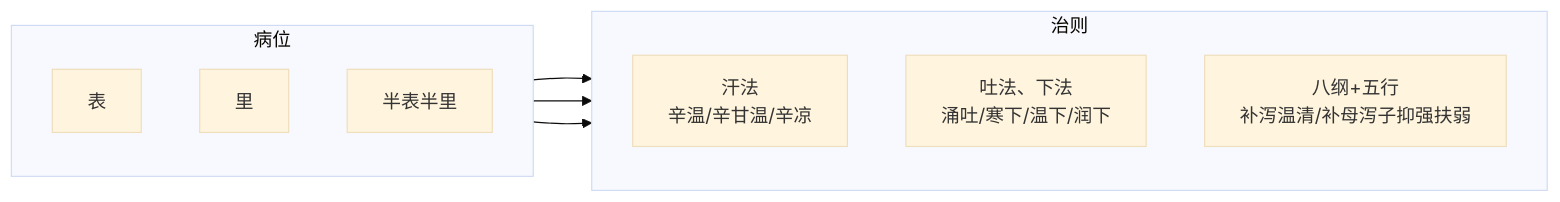
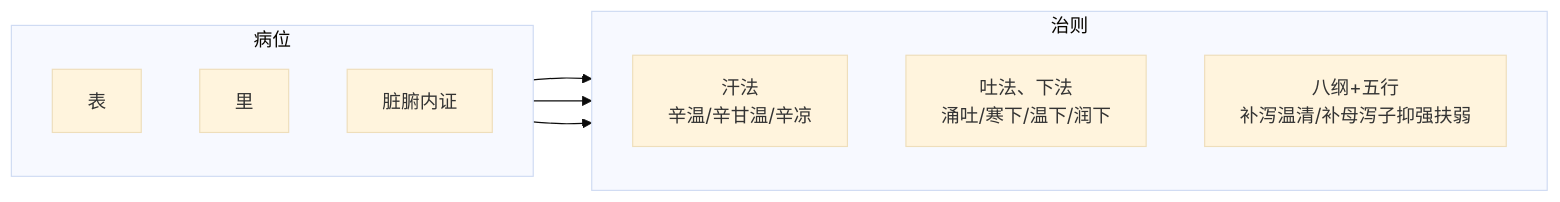
One commit to mengwb/tcm-diagnostic-logic-framework changed the diagram in 中医治则对称模型详解（重构完整版）.md. Above: the diagram before and after it, drawn with Mermaid (base theme). The commit also changed other lines of this file, not shown here.

````diff
--- a/中医治则对称模型详解（重构完整版）.md
+++ b/中医治则对称模型详解（重构完整版）.md
@@ -434,20 +434,20 @@
 ```mermaid
 flowchart LR
     subgraph 病位
         direction TB
         A[表]
         B[里]
-        C[半表半里]
+        C[脏腑内证]
     end
 
     subgraph 治则
         direction TB
         A1[汗法<br/>辛温/辛甘温/辛凉]
         B1[吐法、下法<br/>涌吐/寒下/温下/润下]
         C1[八纲+五行<br/>补泻温清/补母泻子抑强扶弱]
     end
 
     A --> A1
     B --> B1
     C --> C1
 ```
````
